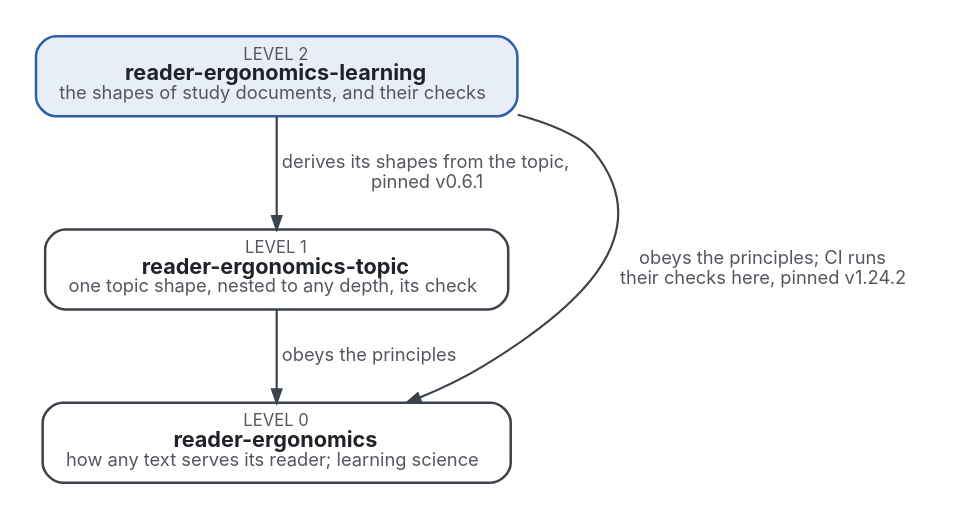
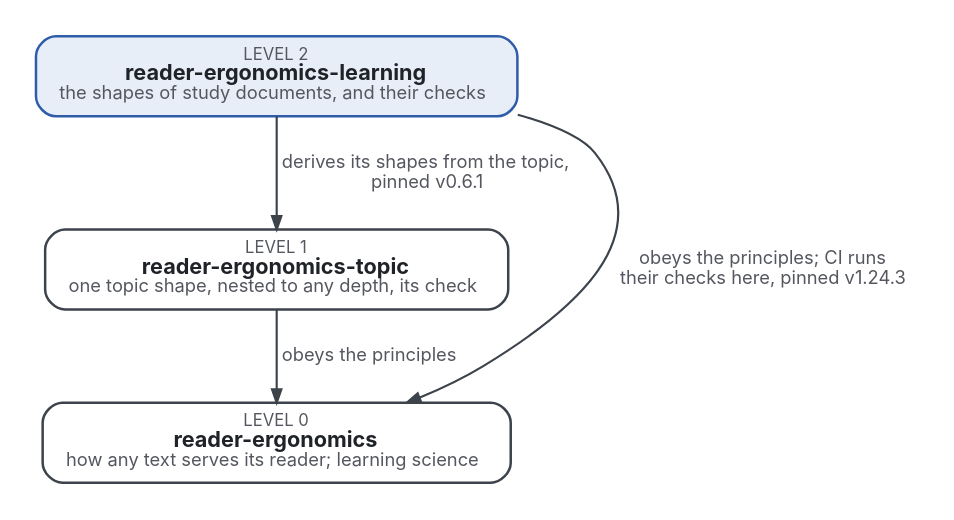
Before and after one commit to Tewf/reader-ergonomics-learning: the diagram in where-it-sits.dot, drawn with Graphviz. The commit also changed 33 other files, not shown here.

```diff
--- a/where-it-sits.dot
+++ b/where-it-sits.dot
@@ -1,11 +1,11 @@
 digraph levels {
   graph [rankdir=TB, nodesep=0.6, ranksep=0.6, bgcolor="white", pad=0.2, fontname="Inter"];
   node  [shape=box, style="rounded,filled", fontname="Inter", fontsize=13, margin="0.2,0.1", penwidth=1.5, fontcolor="#1F2328"];
   edge  [fontname="Inter", fontsize=11, color="#3D434B", fontcolor="#55575F", penwidth=1.3, arrowsize=0.8];
   L [label=<<font point-size="10" color="#55575F">LEVEL 2</font><br/><b>reader-ergonomics-learning</b><br/><font point-size="11" color="#55575F">the shapes of study documents, and their checks</font>>, fillcolor="#E8EEF8", color="#2F5DA8"];
   T [label=<<font point-size="10" color="#55575F">LEVEL 1</font><br/><b>reader-ergonomics-topic</b><br/><font point-size="11" color="#55575F">one topic shape, nested to any depth, its check</font>>, fillcolor="#FFFFFF", color="#3D434B"];
   R [label=<<font point-size="10" color="#55575F">LEVEL 0</font><br/><b>reader-ergonomics</b><br/><font point-size="11" color="#55575F">how any text serves its reader; learning science</font>>, fillcolor="#FFFFFF", color="#3D434B"];
   L -> T [label=<  derives its shapes from the topic,<br/>  pinned v0.6.1>];
   T -> R [label=<  obeys the principles>];
-  L -> R [label=<  obeys the principles; CI runs<br/>  their checks here, pinned v1.24.2>, constraint=false];
+  L -> R [label=<  obeys the principles; CI runs<br/>  their checks here, pinned v1.24.3>, constraint=false];
 }
```
